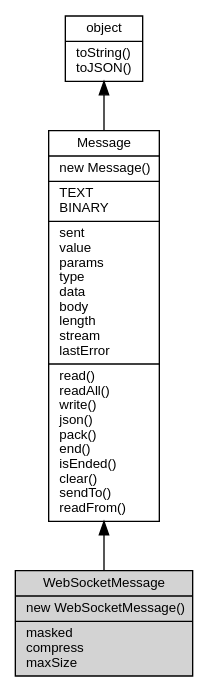
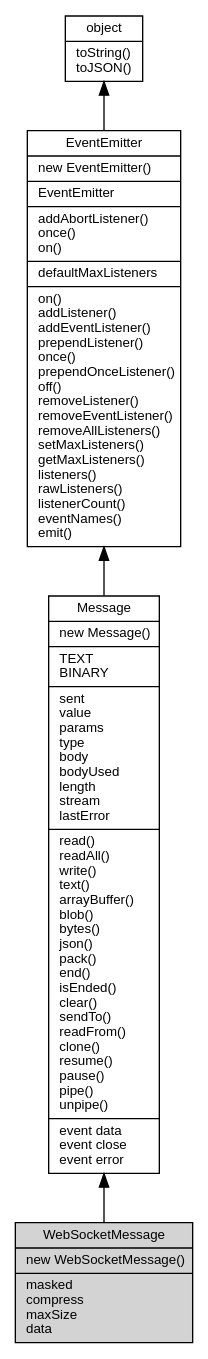
Before and after one commit to fibjs/fibjs.org: the diagram in docs/manual/object/ifs/WebSocketMessage.md, drawn with Graphviz. The commit also changed other lines of this file and 148 other files, not shown here.

First line of the commit message:
feat: add ZlibCodec documentation and update object graph

````diff
--- a/docs/manual/object/ifs/WebSocketMessage.md
+++ b/docs/manual/object/ifs/WebSocketMessage.md
@@ -40,12 +39,14 @@
 ```dot
 digraph {
     node [fontname="Helvetica,sans-Serif", fontsize=10, shape="record", style="filled", fillcolor="white"];
 
     object [tooltip="object", URL="object.md", label="{object|toString()\ltoJSON()\l}"];
-    Message [tooltip="Message", URL="Message.md", label="{Message|new Message()\l|TEXT\lBINARY\l|sent\lvalue\lparams\ltype\ldata\lbody\llength\lstream\llastError\l|read()\lreadAll()\lwrite()\ljson()\lpack()\lend()\lisEnded()\lclear()\lsendTo()\lreadFrom()\l}"];
-    WebSocketMessage [tooltip="WebSocketMessage", fillcolor="lightgray", id="me", label="{WebSocketMessage|new WebSocketMessage()\l|masked\lcompress\lmaxSize\l}"];
+    EventEmitter [tooltip="EventEmitter", URL="EventEmitter.md", label="{EventEmitter|new EventEmitter()\l|EventEmitter\l|addAbortListener()\lonce()\lon()\l|defaultMaxListeners\l|on()\laddListener()\laddEventListener()\lprependListener()\lonce()\lprependOnceListener()\loff()\lremoveListener()\lremoveEventListener()\lremoveAllListeners()\lsetMaxListeners()\lgetMaxListeners()\llisteners()\lrawListeners()\llistenerCount()\leventNames()\lemit()\l}"];
+    Message [tooltip="Message", URL="Message.md", label="{Message|new Message()\l|TEXT\lBINARY\l|sent\lvalue\lparams\ltype\lbody\lbodyUsed\llength\lstream\llastError\l|read()\lreadAll()\lwrite()\ltext()\larrayBuffer()\lblob()\lbytes()\ljson()\lpack()\lend()\lisEnded()\lclear()\lsendTo()\lreadFrom()\lclone()\lresume()\lpause()\lpipe()\lunpipe()\l|event data\levent close\levent error\l}"];
+    WebSocketMessage [tooltip="WebSocketMessage", fillcolor="lightgray", id="me", label="{WebSocketMessage|new WebSocketMessage()\l|masked\lcompress\lmaxSize\ldata\l}"];
 
-    object -> Message [dir=back];
+    object -> EventEmitter [dir=back];
+    EventEmitter -> Message [dir=back];
     Message -> WebSocketMessage [dir=back];
 }
 ```
````
